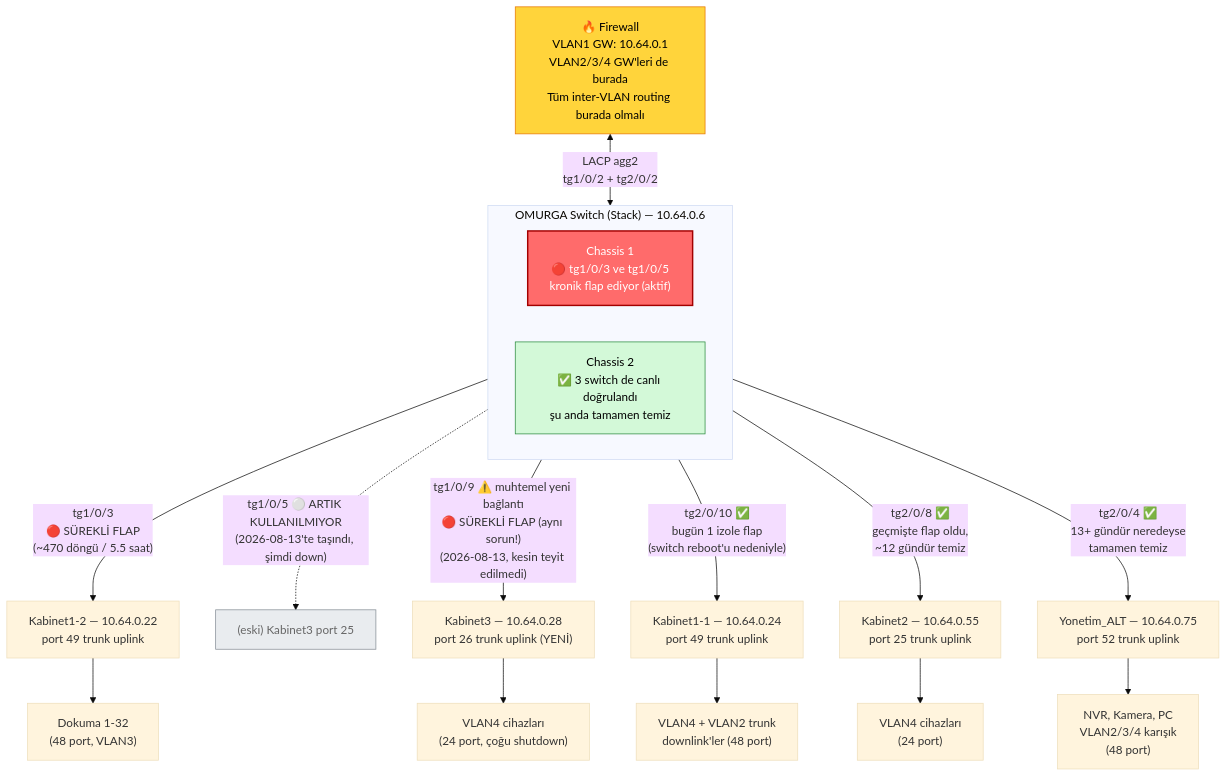
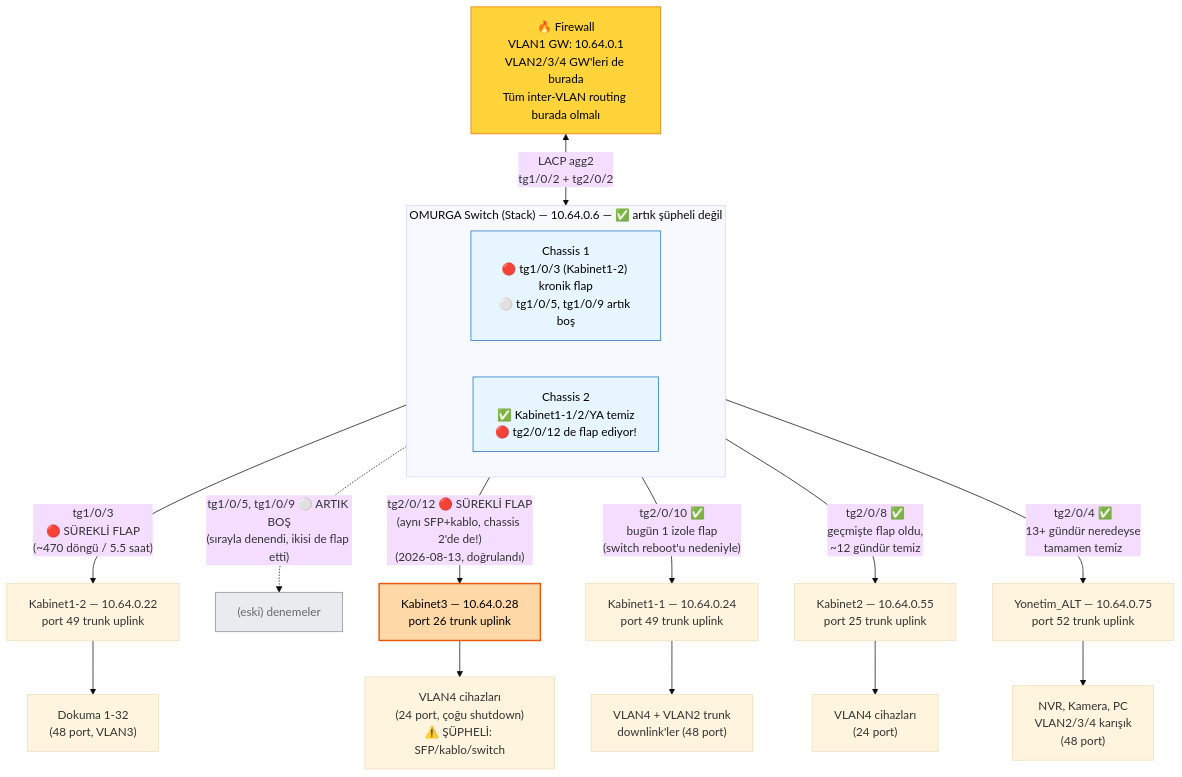
The first of 2 diagrams in topoloji_diyagram.md (SeFo19/Ozdoku-Config), drawn with Mermaid (base theme) before and after one commit. The commit also changed other lines of this file and 2 other files, not shown here.

First line of the commit message:
KRİTİK: tg2/0/12 (chassis 2) testi sorunu doğruladı, kök neden Omurga değil

````diff
--- a/topoloji_diyagram.md
+++ b/topoloji_diyagram.md
@@ -13,38 +13,38 @@
 ```mermaid
 graph TB
     FW["🔥 Firewall<br/>VLAN1 GW: 10.64.0.1<br/>VLAN2/3/4 GW'leri de burada<br/>Tüm inter-VLAN routing burada olmalı"]
 
-    subgraph OMURGA["OMURGA Switch (Stack) — 10.64.0.6"]
+    subgraph OMURGA["OMURGA Switch (Stack) — 10.64.0.6 — ✅ artık şüpheli değil"]
         direction LR
-        C1["Chassis 1<br/>🔴 tg1/0/3 ve tg1/0/5<br/>kronik flap ediyor (aktif)"]
-        C2["Chassis 2<br/>✅ 3 switch de canlı doğrulandı<br/>şu anda tamamen temiz"]
+        C1["Chassis 1<br/>🔴 tg1/0/3 (Kabinet1-2) kronik flap<br/>⚪ tg1/0/5, tg1/0/9 artık boş"]
+        C2["Chassis 2<br/>✅ Kabinet1-1/2/YA temiz<br/>🔴 tg2/0/12 de flap ediyor!"]
     end
 
     FW <-->|"LACP agg2<br/>tg1/0/2 + tg2/0/2"| OMURGA
 
     C1 -->|"tg1/0/3<br/>🔴 SÜREKLİ FLAP<br/>(~470 döngü / 5.5 saat)"| K12["Kabinet1-2 — 10.64.0.22<br/>port 49 trunk uplink"]
-    C1 -.->|"tg1/0/5 ⚪ ARTIK KULLANILMIYOR<br/>(2026-08-13'te taşındı, şimdi down)"| K3OLD["(eski) Kabinet3 port 25"]
-    C1 -->|"tg1/0/9 ⚠️ muhtemel yeni bağlantı<br/>🔴 SÜREKLİ FLAP (aynı sorun!)<br/>(2026-08-13, kesin teyit edilmedi)"| K3["Kabinet3 — 10.64.0.28<br/>port 26 trunk uplink (YENİ)"]
+    C1 -.->|"tg1/0/5, tg1/0/9 ⚪ ARTIK BOŞ<br/>(sırayla denendi, ikisi de flap etti)"| K3OLD["(eski) denemeler"]
+    C2 -->|"tg2/0/12 🔴 SÜREKLİ FLAP<br/>(aynı SFP+kablo, chassis 2'de de!)<br/>(2026-08-13, doğrulandı)"| K3["Kabinet3 — 10.64.0.28<br/>port 26 trunk uplink"]
 
     C2 -->|"tg2/0/10 ✅<br/>bugün 1 izole flap<br/>(switch reboot'u nedeniyle)"| K11["Kabinet1-1 — 10.64.0.24<br/>port 49 trunk uplink"]
     C2 -->|"tg2/0/8 ✅<br/>geçmişte flap oldu,<br/>~12 gündür temiz"| K2["Kabinet2 — 10.64.0.55<br/>port 25 trunk uplink"]
     C2 -->|"tg2/0/4 ✅<br/>13+ gündür neredeyse<br/>tamamen temiz"| YA["Yonetim_ALT — 10.64.0.75<br/>port 52 trunk uplink"]
 
     K12 --> D1["Dokuma 1-32<br/>(48 port, VLAN3)"]
-    K3 --> D2["VLAN4 cihazları<br/>(24 port, çoğu shutdown)"]
+    K3 --> D2["VLAN4 cihazları<br/>(24 port, çoğu shutdown)<br/>⚠️ ŞÜPHELİ: SFP/kablo/switch"]
     K11 --> D3["VLAN4 + VLAN2 trunk<br/>downlink'ler (48 port)"]
     K2 --> D4["VLAN4 cihazları<br/>(24 port)"]
     YA --> D5["NVR, Kamera, PC<br/>VLAN2/3/4 karışık<br/>(48 port)"]
 
     classDef problem fill:#ff6b6b,stroke:#a30000,color:#fff,stroke-width:2px
     classDef ok fill:#d3f9d8,stroke:#2b8a3e,color:#000
     classDef fw fill:#ffd43b,stroke:#e67700,color:#000
     classDef omurga fill:#e7f5ff,stroke:#1971c2,color:#000
+    classDef unused fill:#e9ecef,stroke:#868e96,color:#666
+    classDef suspect fill:#ffd8a8,stroke:#e8590c,color:#000,stroke-width:2px
 
-    classDef unused fill:#e9ecef,stroke:#868e96,color:#666
-
-    class C1 problem
-    class C2 ok
+    class C1,C2 omurga
     class FW fw
     class K3OLD unused
+    class K3 suspect
 ```
````
